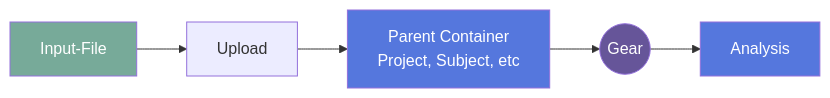
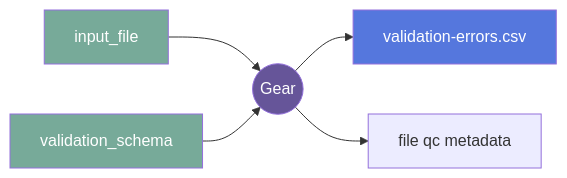
One commit to naccdata/nacc-file-validator changed the diagram in README.md. Above: the diagram before and after it, drawn with Mermaid. The commit also changed other lines of this file and 7 other files, not shown here.

````diff
--- a/README.md
+++ b/README.md
@@ -125,12 +188,11 @@
 ```mermaid
 graph LR;
-    A[Input-File]:::input --> C;
-    C[Upload] --> D[Parent Container <br> Project, Subject, etc];
-    D:::container --> E((Gear));
-    E:::gear --> F[Analysis]:::container;
+    A[input_file]:::input --> E((Gear));
+    B[validation_schema]:::input --> E;
+    E:::gear --> F[validation-errors.csv]:::container;
+    E:::gear --> G[file qc metadata]:::output;
     
     classDef container fill:#57d,color:#fff
     classDef input fill:#7a9,color:#fff
     classDef gear fill:#659,color:#fff
-
 ```
````
